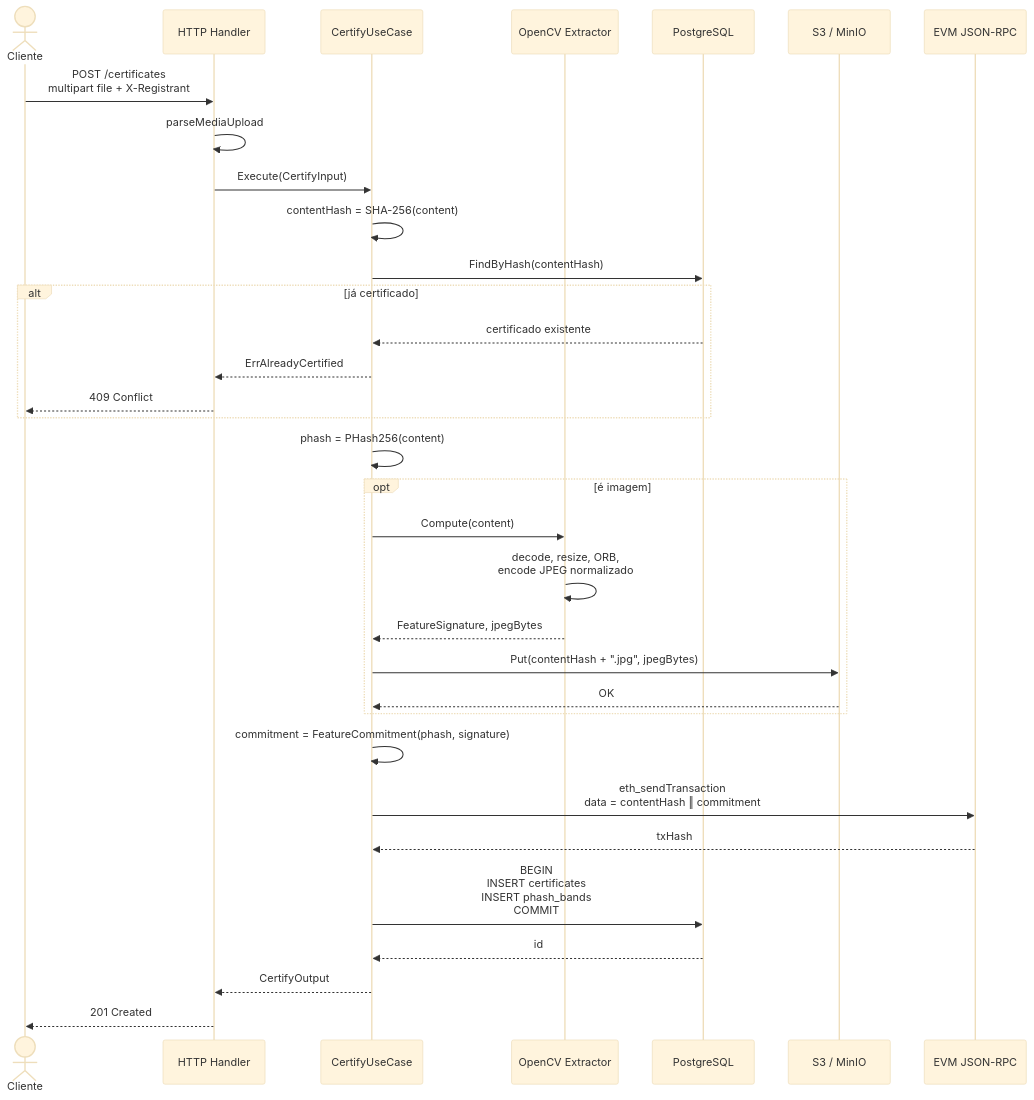
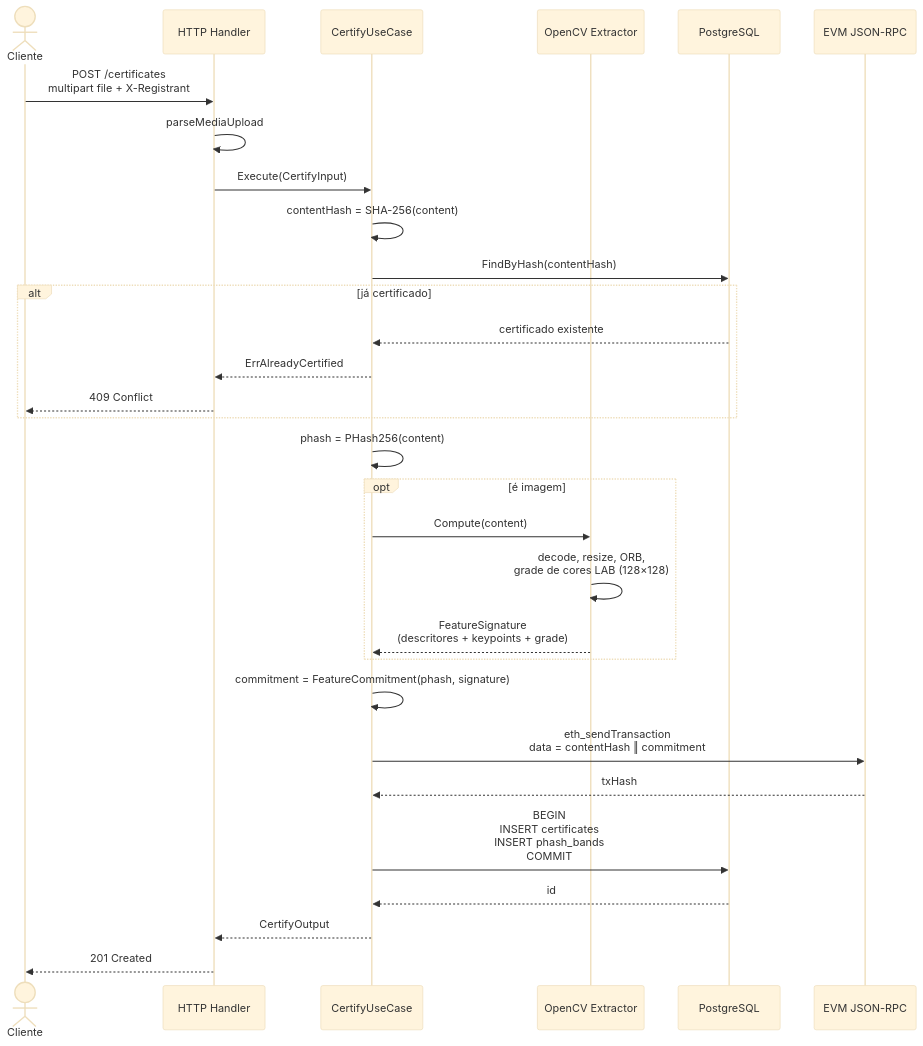
One commit to waizbart/aletheia-api changed the first of 3 diagrams in docs/SEQUENCE_DIAGRAM.md. Above: the diagram before and after it, drawn with Mermaid (base theme). The commit also changed other lines of this file and 4 other files, not shown here.

````diff
--- a/docs/SEQUENCE_DIAGRAM.md
+++ b/docs/SEQUENCE_DIAGRAM.md
@@ -8,43 +8,40 @@
 ```mermaid
 sequenceDiagram
     actor U as Cliente
     participant API as HTTP Handler
     participant UC as CertifyUseCase
     participant CV as OpenCV Extractor
     participant DB as PostgreSQL
-    participant S3 as S3 / MinIO
     participant SC as EVM JSON-RPC
 
     U->>API: POST /certificates<br/>multipart file + X-Registrant
     API->>API: parseMediaUpload
     API->>UC: Execute(CertifyInput)
 
     UC->>UC: contentHash = SHA-256(content)
     UC->>DB: FindByHash(contentHash)
 
     alt já certificado
         DB-->>UC: certificado existente
         UC-->>API: ErrAlreadyCertified
         API-->>U: 409 Conflict
     end
 
     UC->>UC: phash = PHash256(content)
 
     opt é imagem
         UC->>CV: Compute(content)
-        CV->>CV: decode, resize, ORB,<br/>encode JPEG normalizado
-        CV-->>UC: FeatureSignature, jpegBytes
-        UC->>S3: Put(contentHash + ".jpg", jpegBytes)
-        S3-->>UC: OK
+        CV->>CV: decode, resize, ORB,<br/>grade de cores LAB (128×128)
+        CV-->>UC: FeatureSignature<br/>(descritores + keypoints + grade)
     end
 
     UC->>UC: commitment = FeatureCommitment(phash, signature)
     UC->>SC: eth_sendTransaction<br/>data = contentHash ‖ commitment
     SC-->>UC: txHash
 
     UC->>DB: BEGIN<br/>INSERT certificates<br/>INSERT phash_bands<br/>COMMIT
     DB-->>UC: id
 
     UC-->>API: CertifyOutput
     API-->>U: 201 Created
 ```
````
